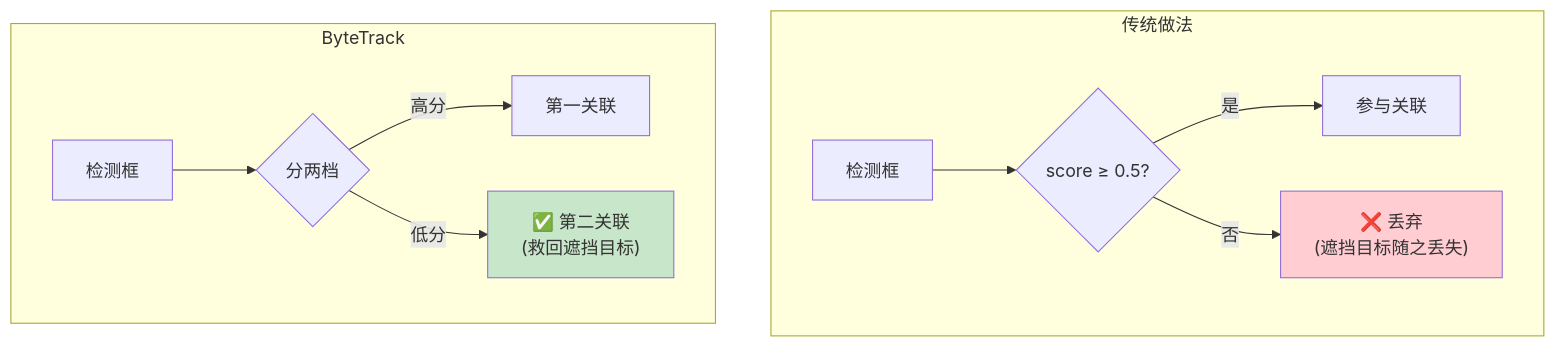
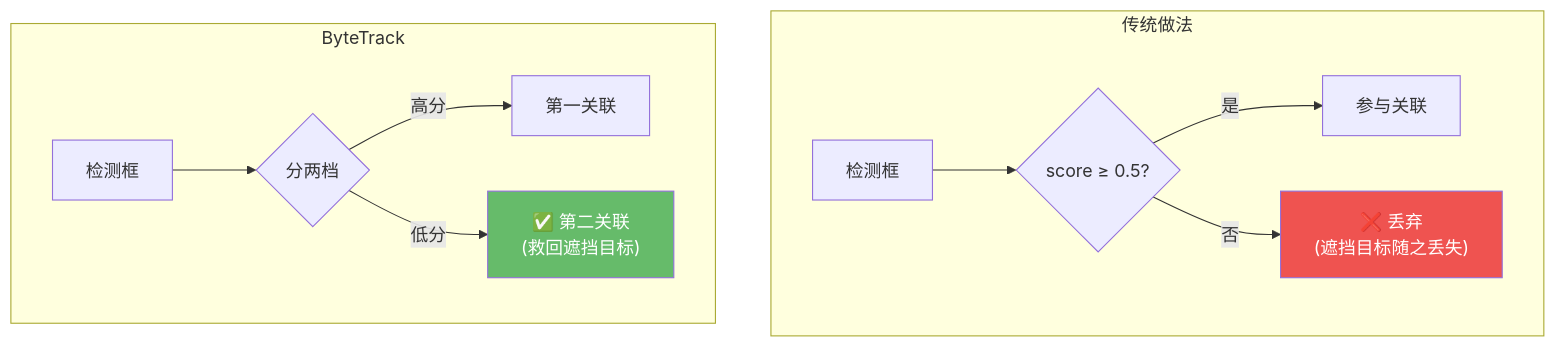
One commit to yyq19990828/onnxtools changed the first of 4 diagrams in docs/guides/tracking/bytetrack.md. Above: the diagram before and after it, drawn with Mermaid. The commit also changed other lines of this file and 12 other files, not shown here.

First line of the commit message:
fix(docs): 修复 mermaid 暗色模式配色 + 语法报错 + 数学公式渲染

````diff
--- a/docs/guides/tracking/bytetrack.md
+++ b/docs/guides/tracking/bytetrack.md
@@ -15,15 +15,15 @@
 ```mermaid
 graph TD
     subgraph 传统做法
         A1["检测框"] --> A2{"score ≥ 0.5?"}
         A2 -->|是| A3["参与关联"]
         A2 -->|否| A4["❌ 丢弃<br/>(遮挡目标随之丢失)"]
     end
     subgraph ByteTrack
         B1["检测框"] --> B2{"分两档"}
         B2 -->|高分| B3["第一关联"]
         B2 -->|低分| B4["✅ 第二关联<br/>(救回遮挡目标)"]
     end
-    style A4 fill:#ffcdd2
-    style B4 fill:#c8e6c9
+    style A4 fill:#ef5350,color:#fff
+    style B4 fill:#66bb6a,color:#fff
 ```
````
